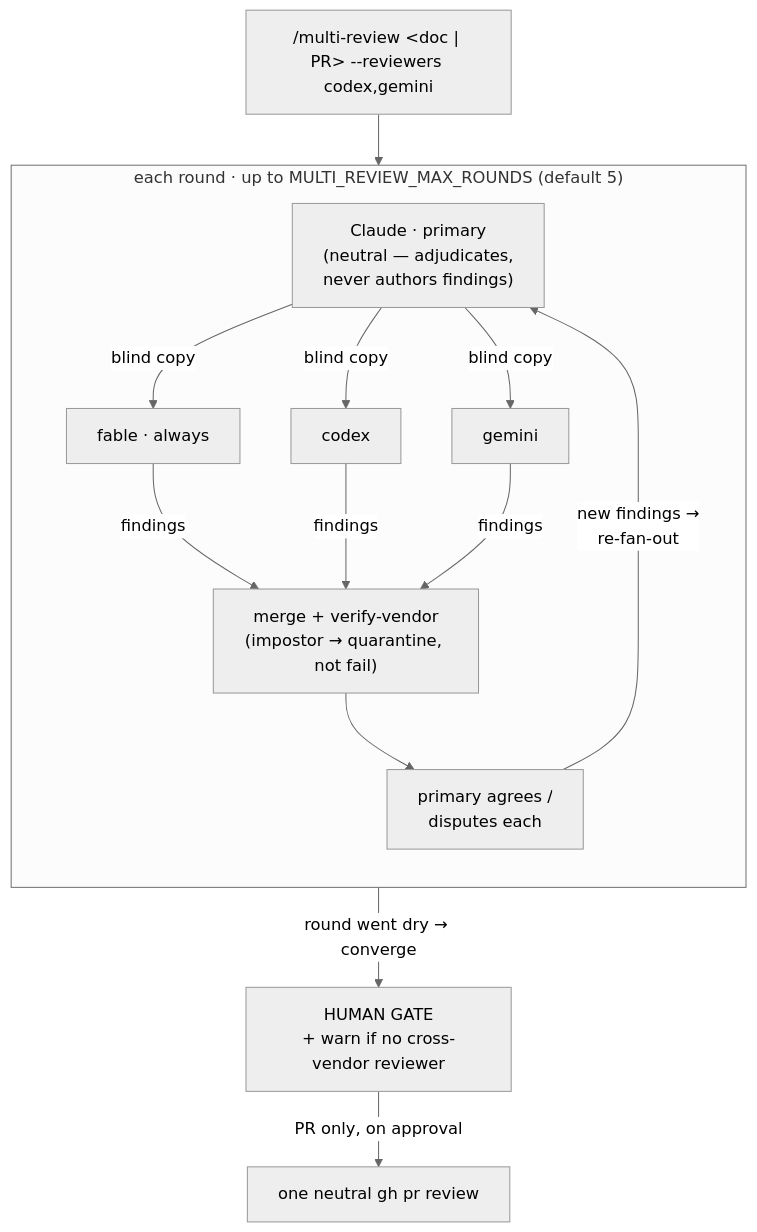
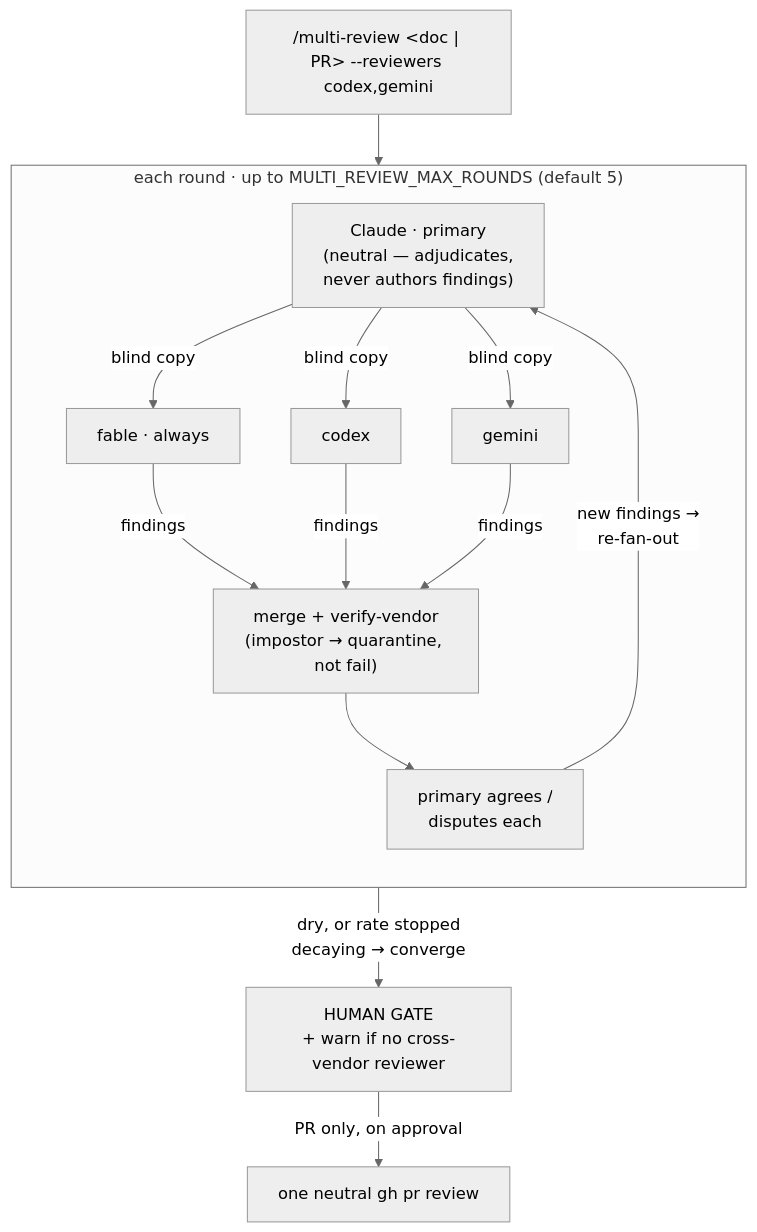
Before and after one commit to agrology/multi-review: the diagram in README.md, drawn with Mermaid (neutral theme). The commit also changed other lines of this file, not shown here.

````diff
--- a/README.md
+++ b/README.md
@@ -16,16 +16,16 @@
 ```mermaid
 flowchart TB
   A["/multi-review &lt;doc | PR&gt; --reviewers codex,gemini"] --> P
   subgraph R["each round · up to MULTI_REVIEW_MAX_ROUNDS (default 5)"]
     direction TB
     P["Claude · primary<br/>(neutral — adjudicates,<br/>never authors findings)"]
     P -- blind copy --> F["fable · always"]
     P -- blind copy --> C["codex"]
     P -- blind copy --> G["gemini"]
     F & C & G -- findings --> M["merge + verify-vendor<br/>(impostor → quarantine, not fail)"]
     M --> J["primary agrees /<br/>disputes each"]
     J -- "new findings →<br/>re-fan-out" --> P
   end
-  J -- "round went dry → converge" --> H["HUMAN GATE<br/>+ warn if no cross-vendor reviewer"]
+  J -- "dry, or rate stopped<br/>decaying → converge" --> H["HUMAN GATE<br/>+ warn if no cross-vendor reviewer"]
   H -- "PR only, on approval" --> Pub["one neutral gh pr review"]
 ```
````
